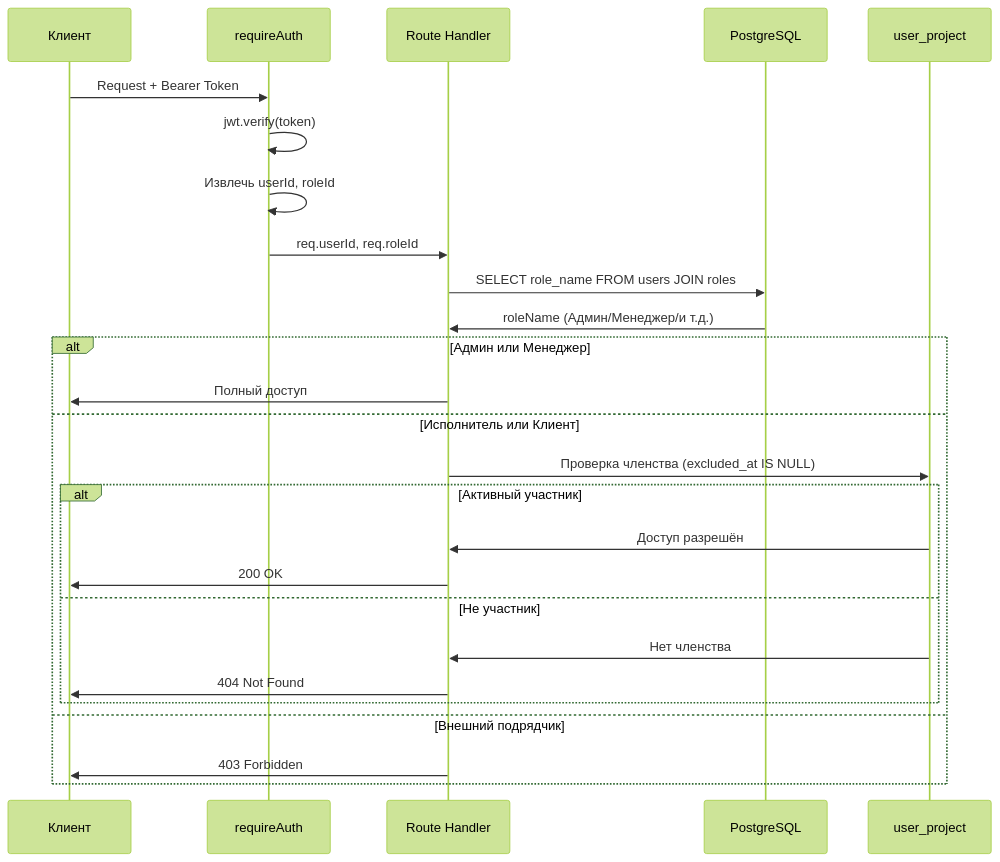
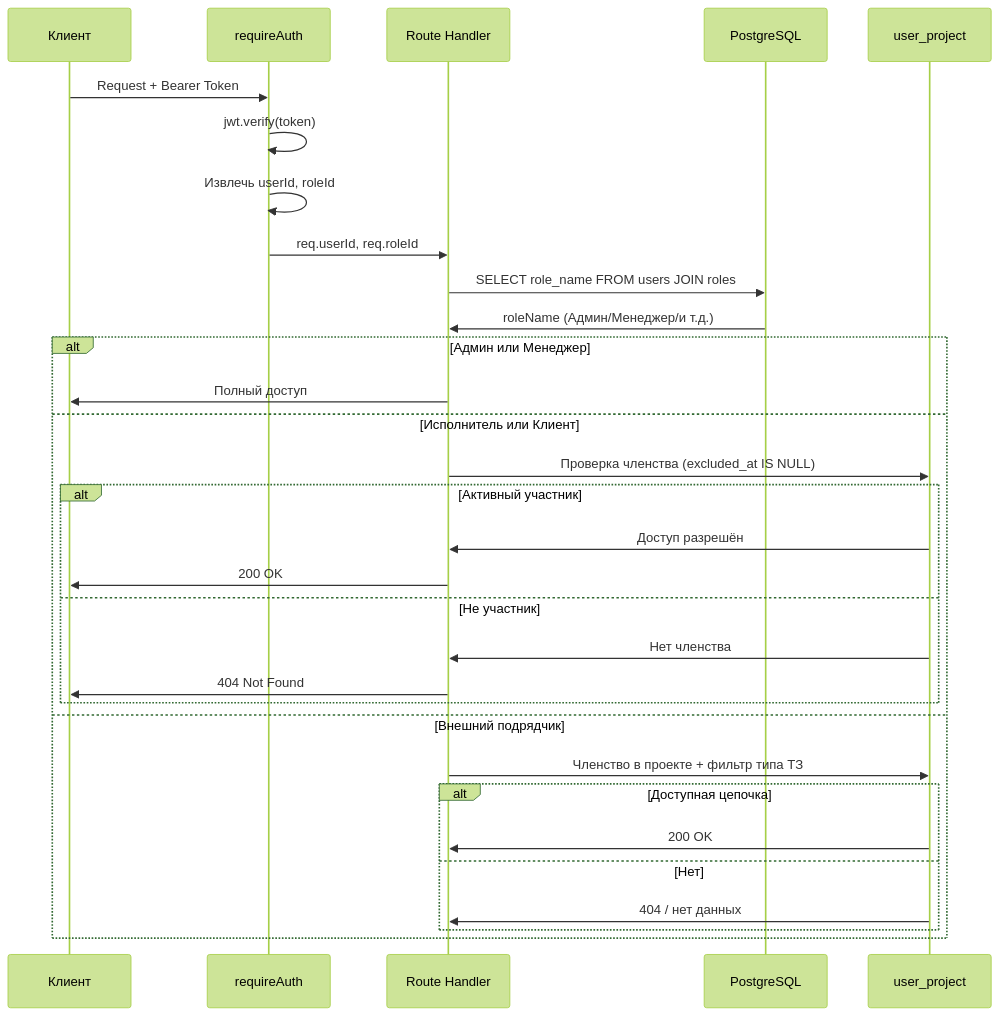
The second of 3 diagrams in .cursor/rules/access-matrix.mdc (eQurane/mox), drawn with Mermaid (forest theme) before and after one commit. The commit also changed other lines of this file and 14 other files, not shown here.

````diff
--- a/.cursor/rules/access-matrix.mdc
+++ b/.cursor/rules/access-matrix.mdc
@@ -127,31 +129,36 @@
 ```mermaid
 sequenceDiagram
     participant Client as Клиент
     participant Middleware as requireAuth
     participant RouteHandler as Route Handler
     participant DB as PostgreSQL
     participant UserProject as user_project
     
     Client->>Middleware: Request + Bearer Token
     Middleware->>Middleware: jwt.verify(token)
     Middleware->>Middleware: Извлечь userId, roleId
     Middleware->>RouteHandler: req.userId, req.roleId
     
     RouteHandler->>DB: SELECT role_name FROM users JOIN roles
     DB->>RouteHandler: roleName (Админ/Менеджер/и т.д.)
     
     alt Админ или Менеджер
         RouteHandler->>Client: Полный доступ
     else Исполнитель или Клиент
         RouteHandler->>UserProject: Проверка членства (excluded_at IS NULL)
         alt Активный участник
             UserProject->>RouteHandler: Доступ разрешён
             RouteHandler->>Client: 200 OK
         else Не участник
             UserProject->>RouteHandler: Нет членства
             RouteHandler->>Client: 404 Not Found
         end
     else Внешний подрядчик
-        RouteHandler->>Client: 403 Forbidden
+        RouteHandler->>UserProject: Членство в проекте + фильтр типа ТЗ
+        alt Доступная цепочка
+            UserProject->>RouteHandler: 200 OK
+        else Нет
+            UserProject->>RouteHandler: 404 / нет данных
+        end
     end
 ```
````
